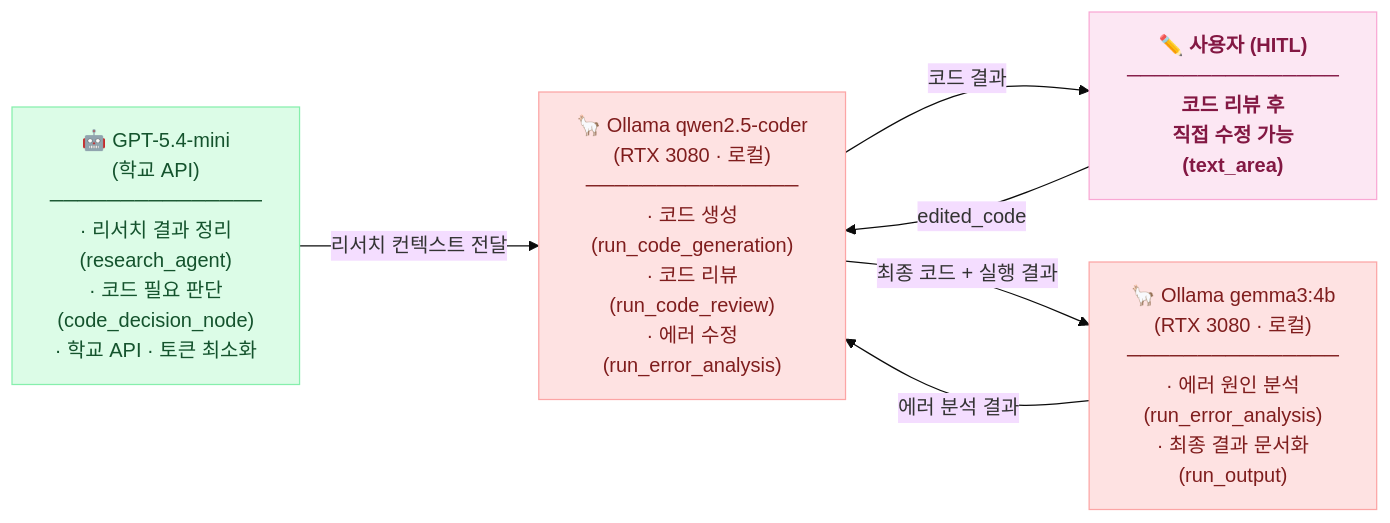
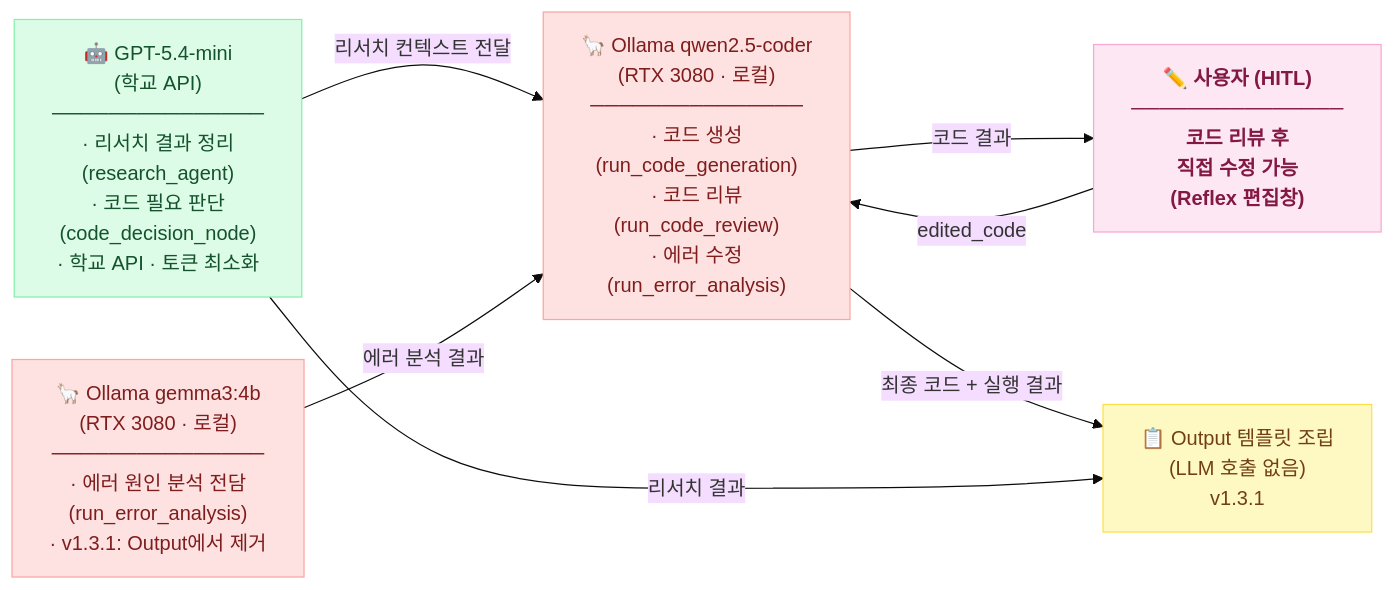
Before and after one commit to kuro-0211/auto-vibe-coding: the diagram in architecture/architecture_ai.mermaid, drawn with Mermaid (base theme). The commit also changed 7 other files, not shown here.

First line of the commit message:
docs(architecture): mermaid 다이어그램을 현재 코드 기준으로 동기화 + SVG 재생성

```diff
--- a/architecture/architecture_ai.mermaid
+++ b/architecture/architecture_ai.mermaid
@@ -1,18 +1,22 @@
 flowchart LR
     P["🤖 GPT-5.4-mini\n(학교 API)\n───────────────\n· 리서치 결과 정리\n  (research_agent)\n· 코드 필요 판단\n  (code_decision_node)\n· 학교 API · 토큰 최소화"]:::gpt
 
     O_CODER["🦙 Ollama qwen2.5-coder\n(RTX 3080 · 로컬)\n───────────────\n· 코드 생성\n  (run_code_generation)\n· 코드 리뷰\n  (run_code_review)\n· 에러 수정\n  (run_error_analysis)"]:::ollama
 
-    O_GEMMA["🦙 Ollama gemma3:4b\n(RTX 3080 · 로컬)\n───────────────\n· 에러 원인 분석\n  (run_error_analysis)\n· 최종 결과 문서화\n  (run_output)"]:::ollama
+    O_GEMMA["🦙 Ollama gemma3:4b\n(RTX 3080 · 로컬)\n───────────────\n· 에러 원인 분석 전담\n  (run_error_analysis)\n· v1.3.1: Output에서 제거"]:::ollama
 
-    USER["✏️ 사용자 (HITL)\n───────────────\n코드 리뷰 후\n직접 수정 가능\n(text_area)"]:::user
+    USER["✏️ 사용자 (HITL)\n───────────────\n코드 리뷰 후\n직접 수정 가능\n(Reflex 편집창)"]:::user
+
+    TMPL["📋 Output 템플릿 조립\n(LLM 호출 없음)\nv1.3.1"]:::tool
 
     P -- "리서치 컨텍스트 전달" --> O_CODER
     O_CODER -- "코드 결과" --> USER
     USER -- "edited_code" --> O_CODER
     O_GEMMA -- "에러 분석 결과" --> O_CODER
-    O_CODER -- "최종 코드 + 실행 결과" --> O_GEMMA
+    O_CODER -- "최종 코드 + 실행 결과" --> TMPL
+    P -- "리서치 결과" --> TMPL
 
     classDef gpt    fill:#dcfce7,stroke:#86efac,color:#14532d
     classDef ollama fill:#fee2e2,stroke:#fca5a5,color:#7f1d1d
     classDef user   fill:#fce7f3,stroke:#f9a8d4,color:#831843,font-weight:bold
+    classDef tool   fill:#fef9c3,stroke:#fde047,color:#713f12
```
